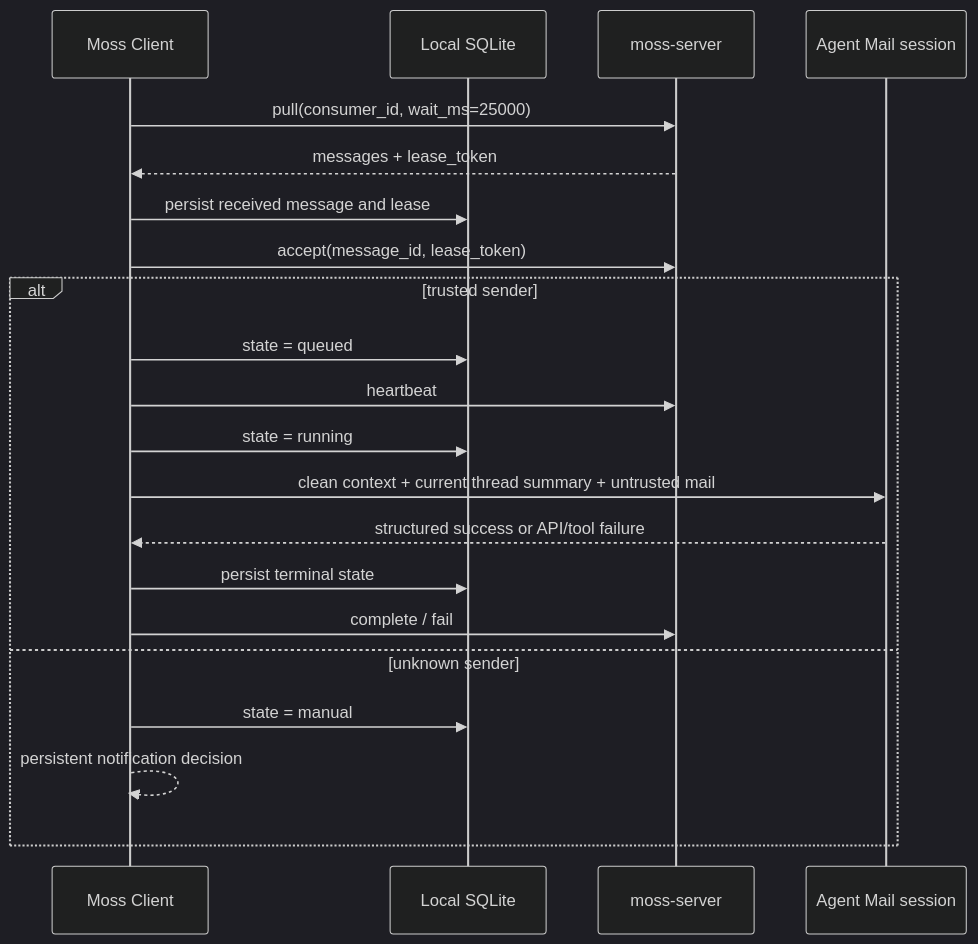
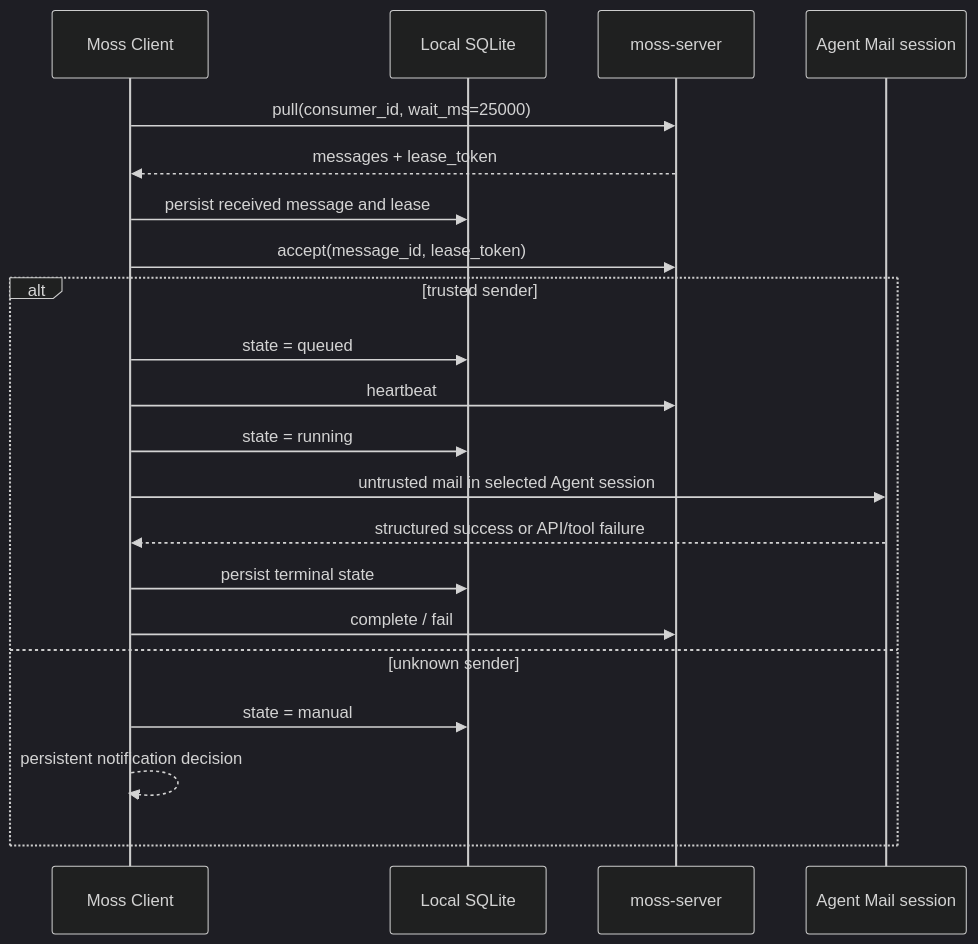
The third of 3 diagrams in docs/agent-mail.md (baiguidong/moss), drawn with Mermaid (dark theme) before and after one commit. The commit also changed other lines of this file and 8 other files, not shown here.

Commit message:
fix(mail): preserve agent context in per-sender sessions

````diff
--- a/docs/agent-mail.md
+++ b/docs/agent-mail.md
@@ -65,24 +65,24 @@
 ```mermaid
 sequenceDiagram
   participant C as Moss Client
   participant L as Local SQLite
   participant S as moss-server
   participant A as Agent Mail session
 
   C->>S: pull(consumer_id, wait_ms=25000)
   S-->>C: messages + lease_token
   C->>L: persist received message and lease
   C->>S: accept(message_id, lease_token)
   alt trusted sender
     C->>L: state = queued
     C->>S: heartbeat
     C->>L: state = running
-    C->>A: clean context + current thread summary + untrusted mail
+    C->>A: untrusted mail in selected Agent session
     A-->>C: structured success or API/tool failure
     C->>L: persist terminal state
     C->>S: complete / fail
   else unknown sender
     C->>L: state = manual
     C-->>C: persistent notification decision
   end
 ```
````
